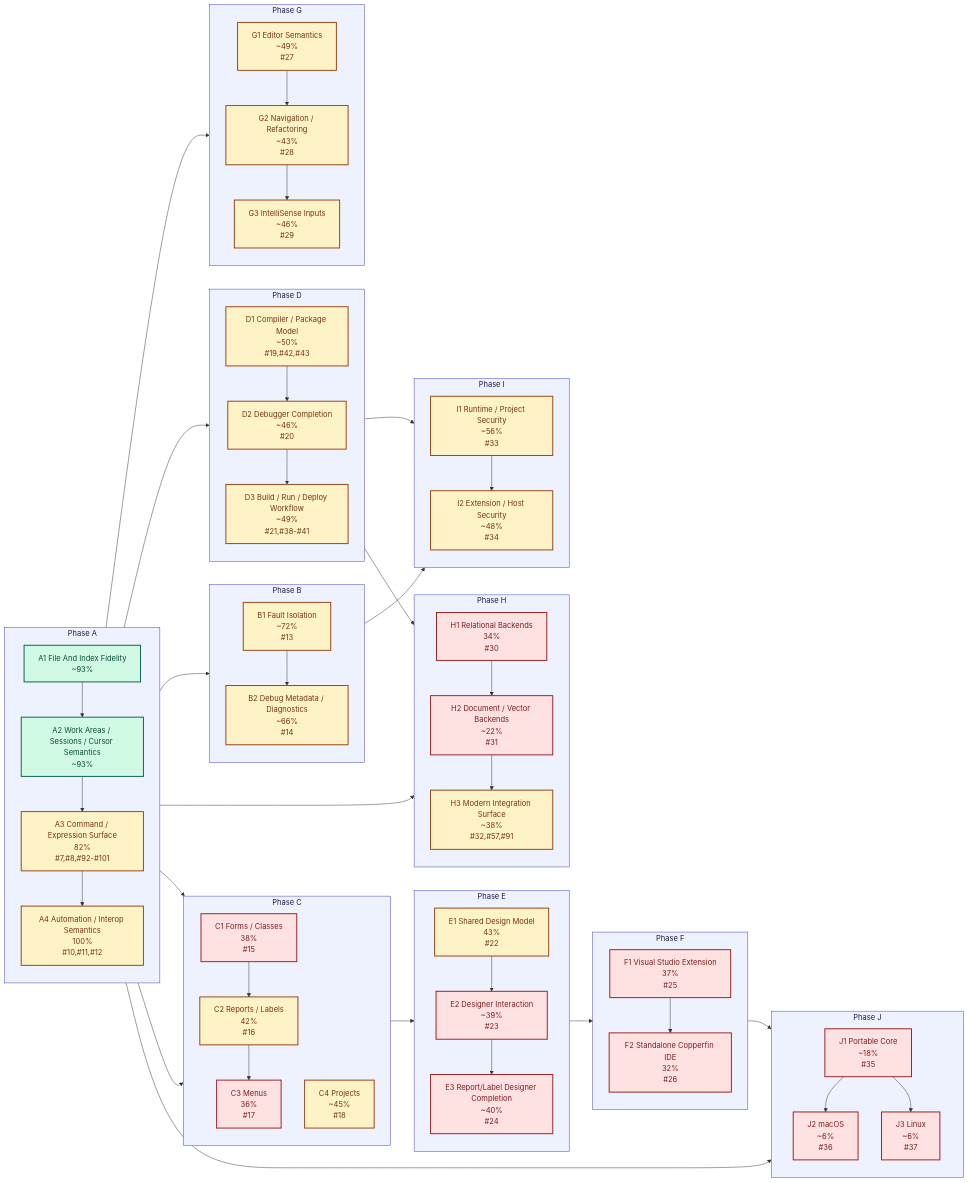
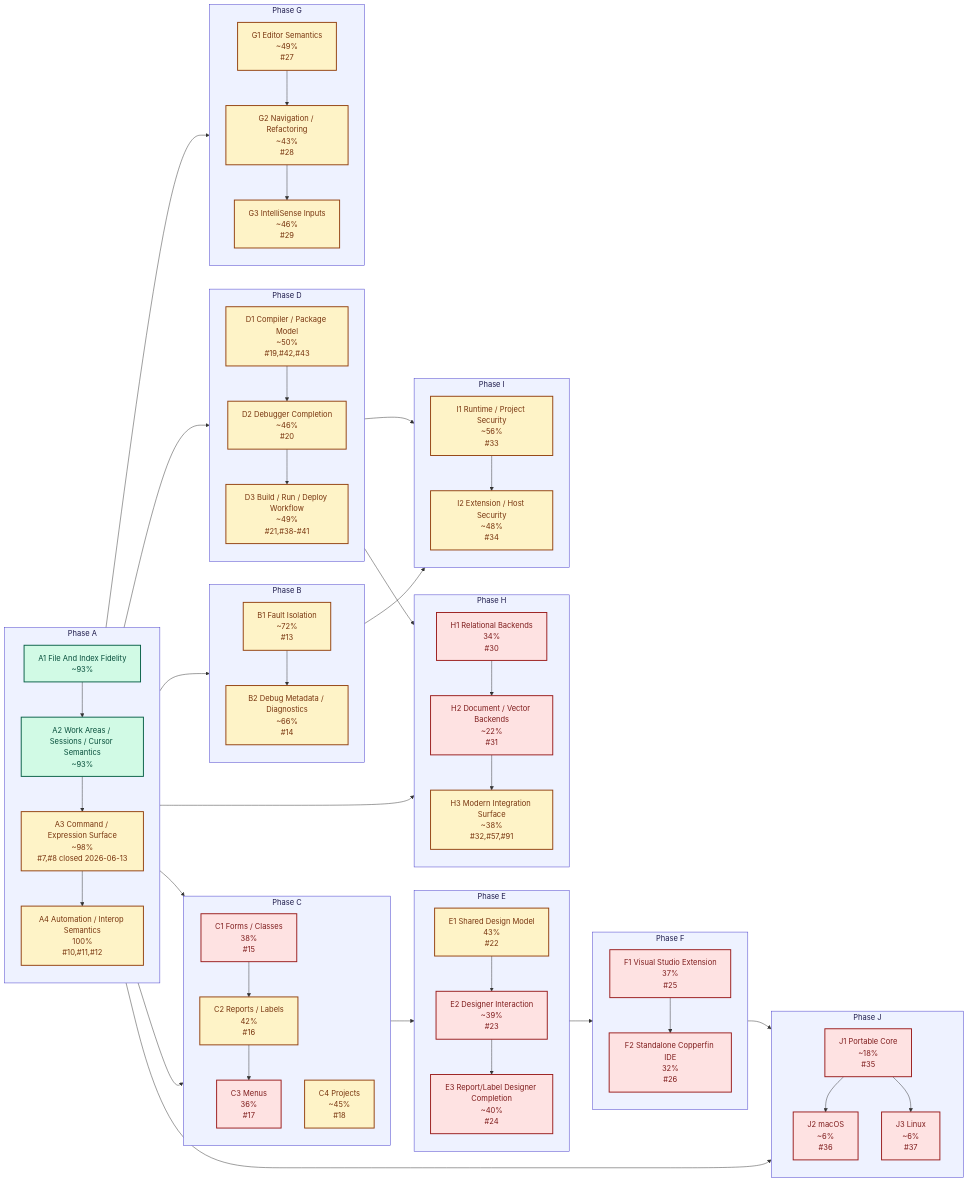
The second of 2 diagrams in remaining-work.md (rhamenator/Project-Copperfin), drawn with Mermaid before and after one commit. The commit also changed other lines of this file and 2 other files, not shown here.

```diff
--- a/remaining-work.md
+++ b/remaining-work.md
@@ -344,7 +343,7 @@
         direction TB
         SA1["A1 File And Index Fidelity<br/>~93%"]
         SA2["A2 Work Areas / Sessions / Cursor Semantics<br/>~93%"]
-        SA3["A3 Command / Expression Surface<br/>82%<br/>#7,#8,#92-#101"]
+        SA3["A3 Command / Expression Surface<br/>~98%<br/>#7,#8 closed 2026-06-13"]
         SA4["A4 Automation / Interop Semantics<br/>100%<br/>#10,#11,#12"]
     end
 
```
